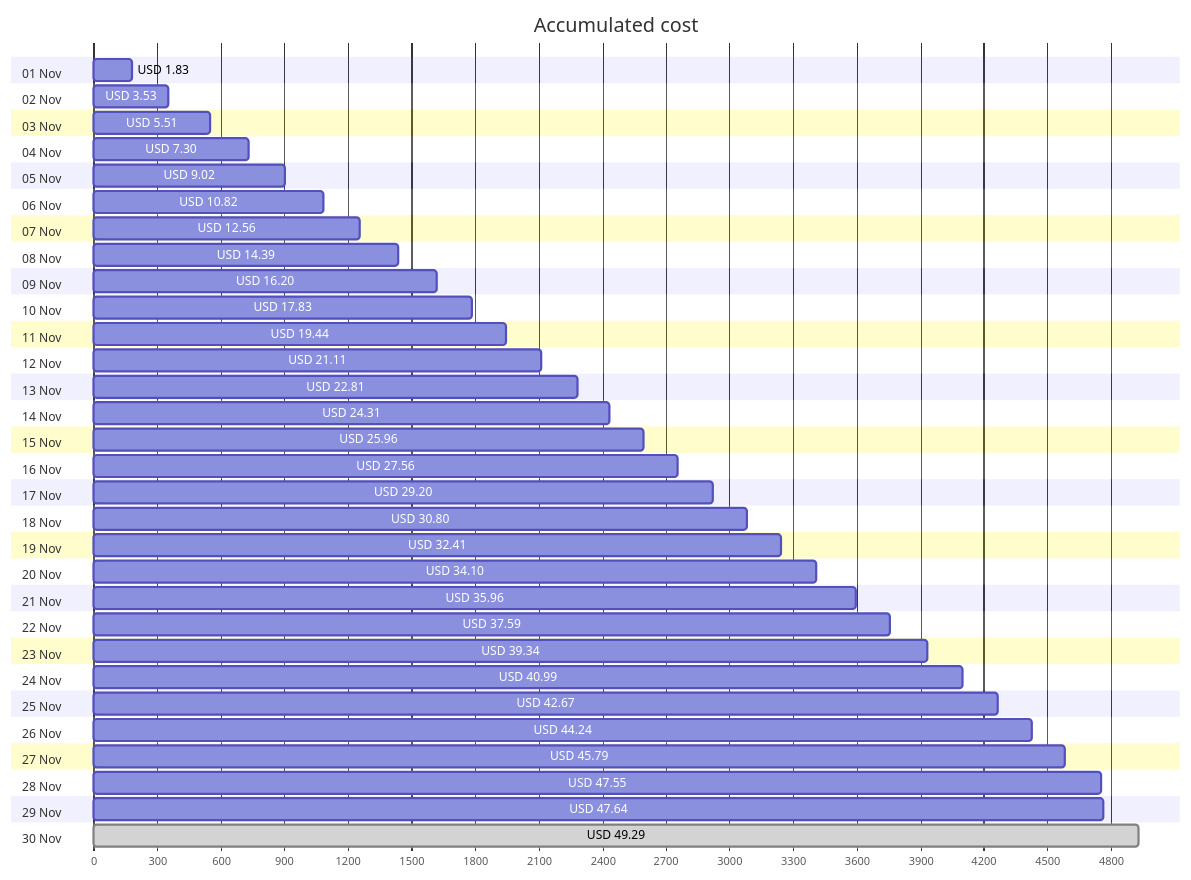
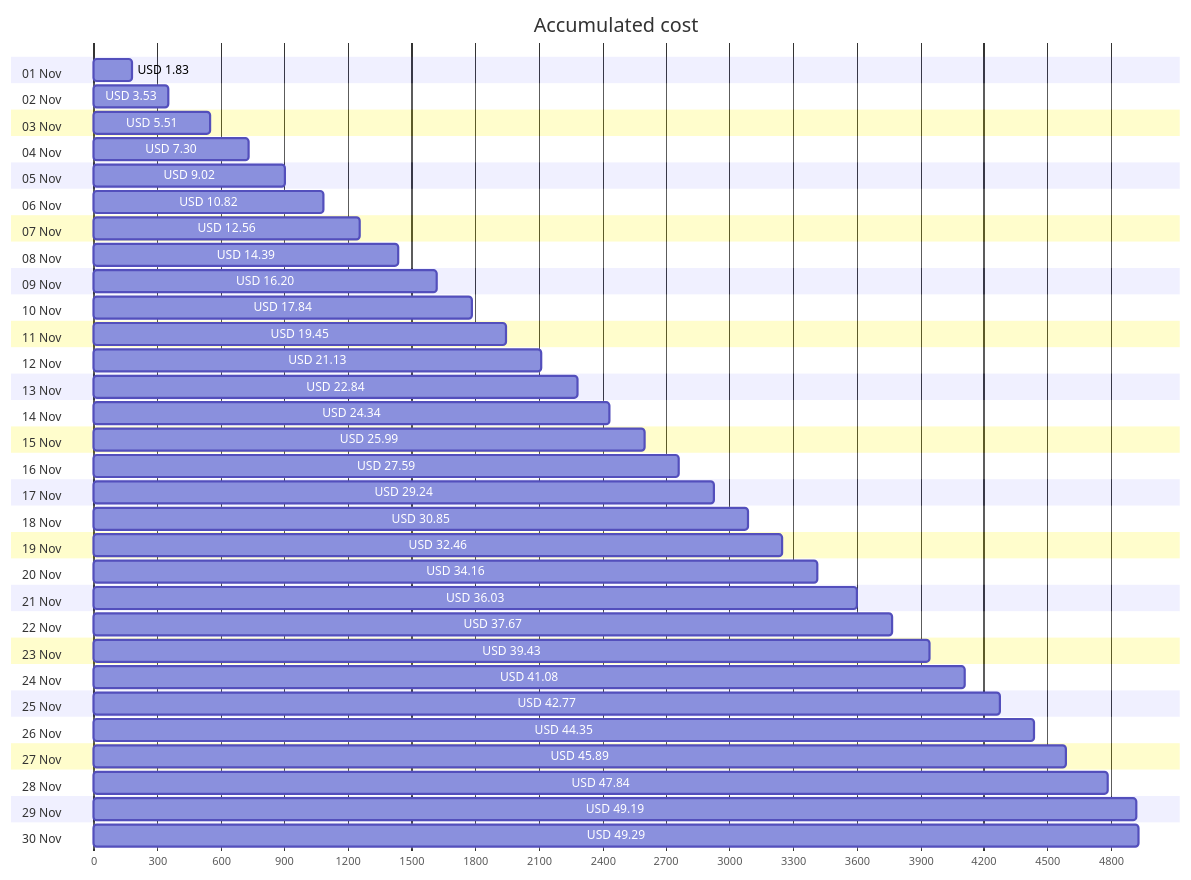
The first of 4 diagrams in cost-reports/personal-network/README.md (jpfulton/azure-personal-reports), drawn with Mermaid before and after one commit. The commit also changed other lines of this file and 8 other files, not shown here.

````diff
--- a/cost-reports/personal-network/README.md
+++ b/cost-reports/personal-network/README.md
@@ -20,66 +20,66 @@
 ```mermaid
 gantt
    title Accumulated cost
    dateFormat  X
    axisFormat %s
    section 01 Nov
    USD 1.83 :0, 183
    section 02 Nov
    USD 3.53 :0, 353
    section 03 Nov
    USD 5.51 :0, 551
    section 04 Nov
    USD 7.30 :0, 730
    section 05 Nov
    USD 9.02 :0, 902
    section 06 Nov
    USD 10.82 :0, 1082
    section 07 Nov
    USD 12.56 :0, 1256
    section 08 Nov
    USD 14.39 :0, 1439
    section 09 Nov
    USD 16.20 :0, 1620
    section 10 Nov
-   USD 17.83 :0, 1783
+   USD 17.84 :0, 1784
    section 11 Nov
-   USD 19.44 :0, 1944
+   USD 19.45 :0, 1945
    section 12 Nov
-   USD 21.11 :0, 2111
+   USD 21.13 :0, 2113
    section 13 Nov
-   USD 22.81 :0, 2281
+   USD 22.84 :0, 2284
    section 14 Nov
-   USD 24.31 :0, 2431
+   USD 24.34 :0, 2434
    section 15 Nov
-   USD 25.96 :0, 2596
+   USD 25.99 :0, 2599
    section 16 Nov
-   USD 27.56 :0, 2756
+   USD 27.59 :0, 2759
    section 17 Nov
-   USD 29.20 :0, 2920
+   USD 29.24 :0, 2924
    section 18 Nov
-   USD 30.80 :0, 3080
+   USD 30.85 :0, 3085
    section 19 Nov
-   USD 32.41 :0, 3241
+   USD 32.46 :0, 3246
    section 20 Nov
-   USD 34.10 :0, 3410
+   USD 34.16 :0, 3416
    section 21 Nov
-   USD 35.96 :0, 3596
+   USD 36.03 :0, 3603
    section 22 Nov
-   USD 37.59 :0, 3759
+   USD 37.67 :0, 3767
    section 23 Nov
-   USD 39.34 :0, 3934
+   USD 39.43 :0, 3943
    section 24 Nov
-   USD 40.99 :0, 4099
+   USD 41.08 :0, 4108
    section 25 Nov
-   USD 42.67 :0, 4267
+   USD 42.77 :0, 4277
    section 26 Nov
-   USD 44.24 :0, 4424
+   USD 44.35 :0, 4435
    section 27 Nov
-   USD 45.79 :0, 4579
+   USD 45.89 :0, 4589
    section 28 Nov
-   USD 47.55 :0, 4755
+   USD 47.84 :0, 4784
    section 29 Nov
-   USD 47.64 :0, 4764
+   USD 49.19 :0, 4919
    section 30 Nov
-   USD 49.29 : done, 0, 4929
+   USD 49.29 :0, 4929
 ```
````
